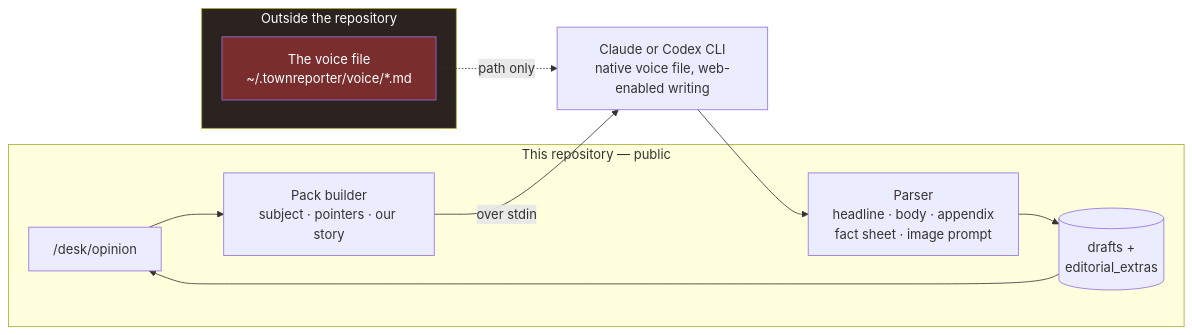
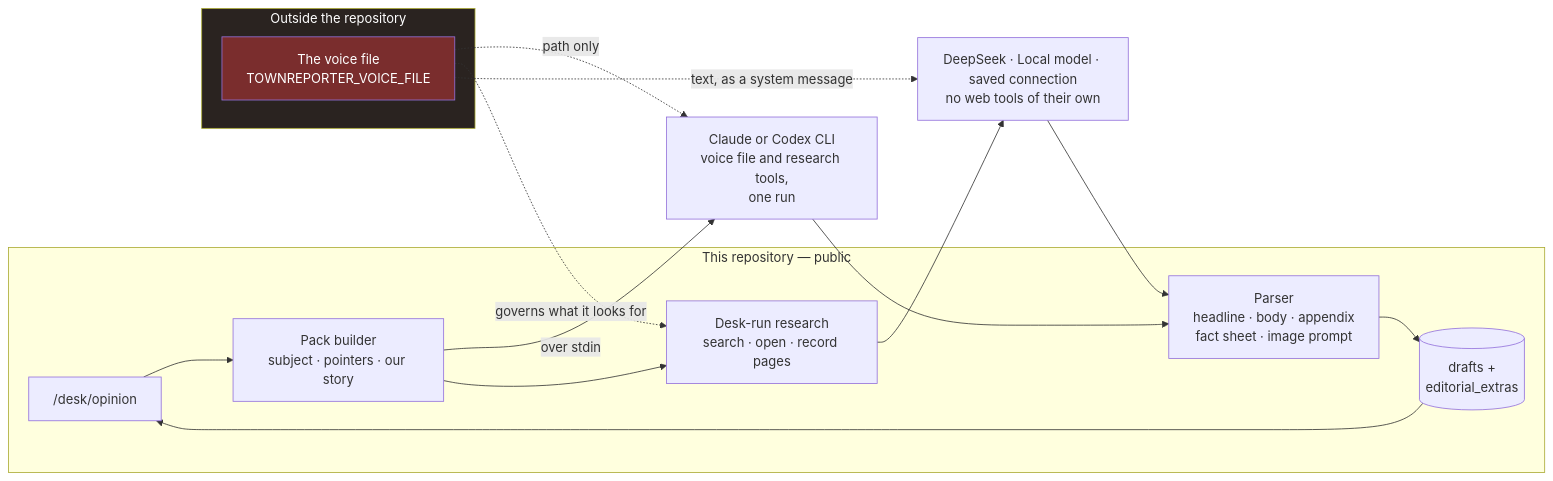
Before and after one commit to scottconverse/TownReporter: the fifth of 12 diagrams in docs/manual.md, drawn with Mermaid. The commit also changed other lines of this file and 51 other files, not shown here.

First line of the commit message:
docs: 0.6.84 release docs - full user manual, landing page, README, guides, diagrams

````diff
--- a/docs/manual.md
+++ b/docs/manual.md
@@ -1153,23 +2190,31 @@
 ```mermaid
 flowchart LR
     subgraph repo["This repository — public"]
         UI["/desk/opinion"]
         PACK["Pack builder<br/>subject · pointers · our story"]
+        RES["Desk-run research<br/>search · open · record pages"]
         PARSE["Parser<br/>headline · body · appendix<br/>fact sheet · image prompt"]
         DRAFTS[("drafts +<br/>editorial_extras")]
     end
 
     subgraph private["Outside the repository"]
-        VOICE["The voice file<br/>~/.townreporter/voice/*.md"]
+        VOICE["The voice file<br/>TOWNREPORTER_VOICE_FILE"]
     end
 
-    CLI["Claude or Codex CLI<br/>native voice file, web-enabled writing"]
+    CLI["Claude or Codex CLI<br/>voice file and research tools,<br/>one run"]
+    HTTP["DeepSeek · Local model · saved connection<br/>no web tools of their own"]
 
     UI --> PACK
     PACK -->|"over stdin"| CLI
     VOICE -.->|"path only"| CLI
-    CLI --> PARSE --> DRAFTS --> UI
+    PACK --> RES
+    VOICE -.->|"governs what it looks for"| RES
+    RES --> HTTP
+    VOICE -.->|"text, as a system message"| HTTP
+    CLI --> PARSE
+    HTTP --> PARSE
+    PARSE --> DRAFTS --> UI
 
     style private fill:#2a2320,color:#fff
     style VOICE fill:#7a2d2d,color:#fff
 ```
````
